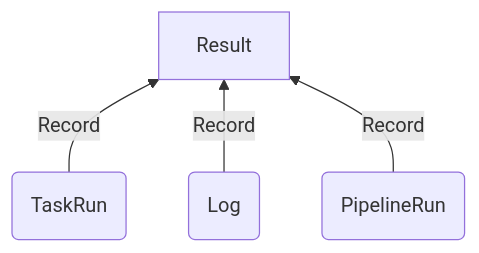
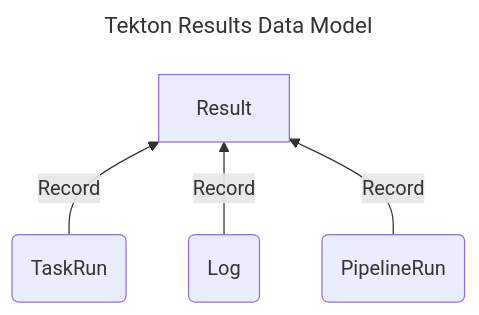
Before and after one commit to openshift-pipelines-konflux/tektoncd-results: the second of 2 diagrams in upstream/docs/README.md, drawn with Mermaid. The commit also changed other lines of this file and 4911 other files, not shown here.

````diff
--- a/upstream/docs/README.md
+++ b/upstream/docs/README.md
@@ -80,6 +79,9 @@
 ```mermaid
+---
+title: Tekton Results Data Model 
+---
 graph BT
   B(TaskRun) --> |Record| A[Result]
   C(Log) --> |Record| A
   D(PipelineRun) --> |Record| A
 ```
````
